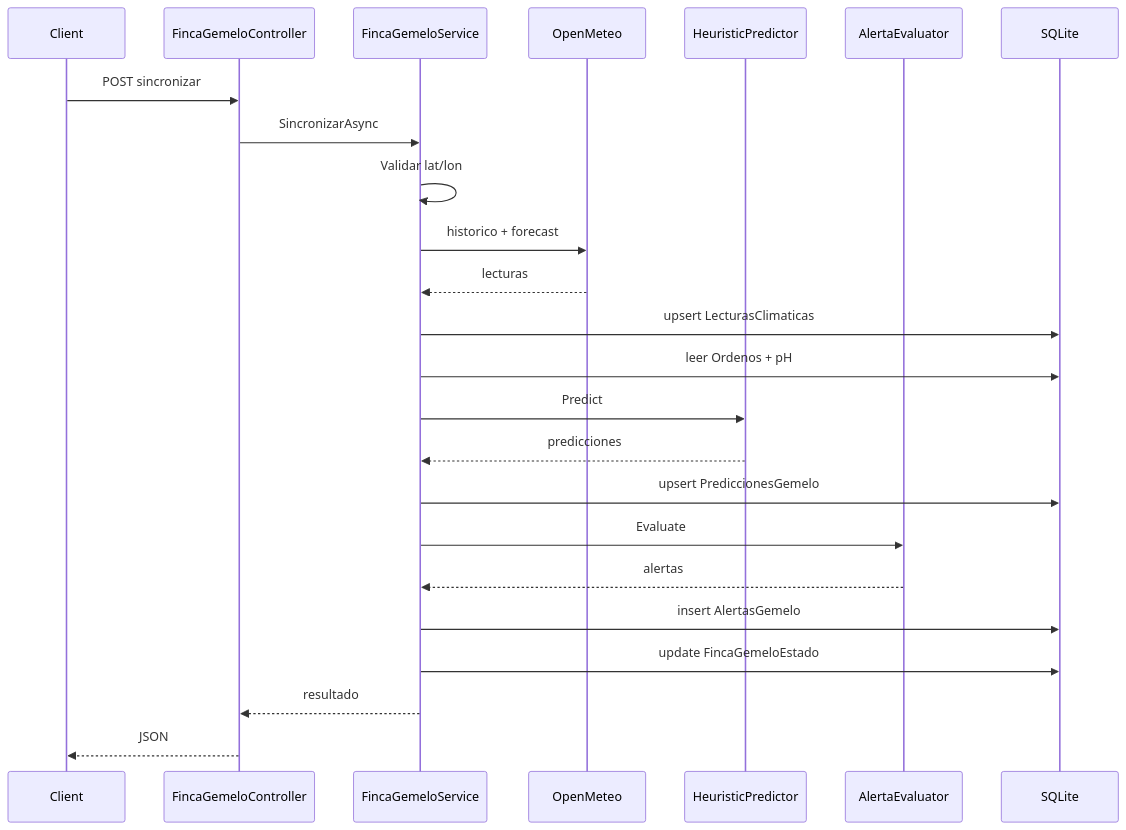
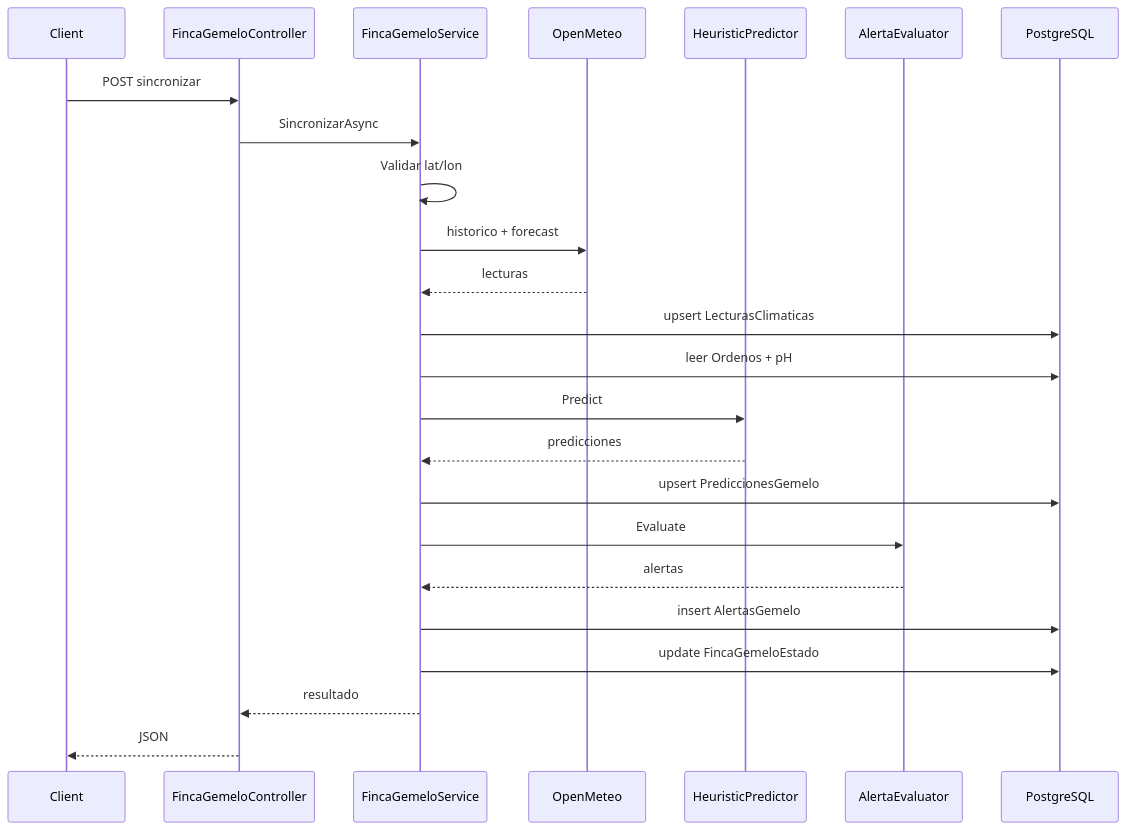
Before and after one commit to jarol1590/backend_integrador: the fourth of 4 diagrams in GemeloDigital_Vision.md, drawn with Mermaid. The commit also changed other lines of this file and 24 other files, not shown here.

````diff
--- a/GemeloDigital_Vision.md
+++ b/GemeloDigital_Vision.md
@@ -434,27 +434,27 @@
 ```mermaid
 sequenceDiagram
     participant Client
     participant API as FincaGemeloController
     participant Svc as FincaGemeloService
     participant OM as OpenMeteo
     participant Pred as HeuristicPredictor
     participant Alert as AlertaEvaluator
-    participant DB as SQLite
+    participant DB as PostgreSQL
 
     Client->>API: POST sincronizar
     API->>Svc: SincronizarAsync
     Svc->>Svc: Validar lat/lon
     Svc->>OM: historico + forecast
     OM-->>Svc: lecturas
     Svc->>DB: upsert LecturasClimaticas
     Svc->>DB: leer Ordenos + pH
     Svc->>Pred: Predict
     Pred-->>Svc: predicciones
     Svc->>DB: upsert PrediccionesGemelo
     Svc->>Alert: Evaluate
     Alert-->>Svc: alertas
     Svc->>DB: insert AlertasGemelo
     Svc->>DB: update FincaGemeloEstado
     Svc-->>API: resultado
     API-->>Client: JSON
 ```
````
